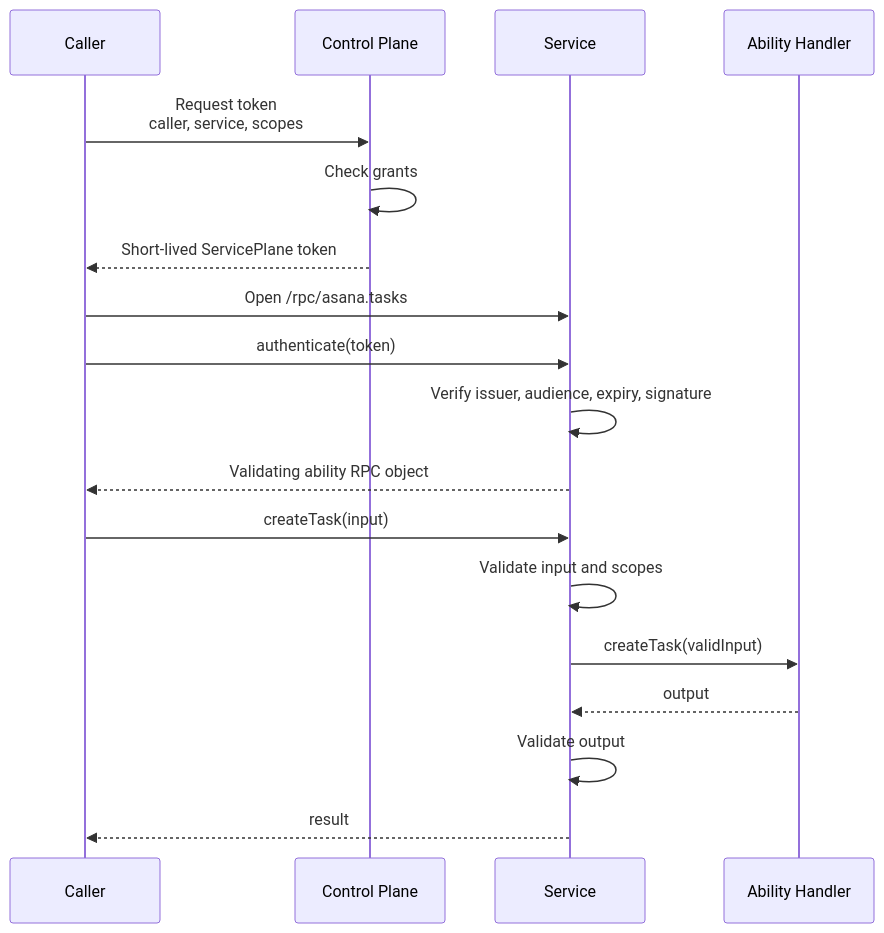
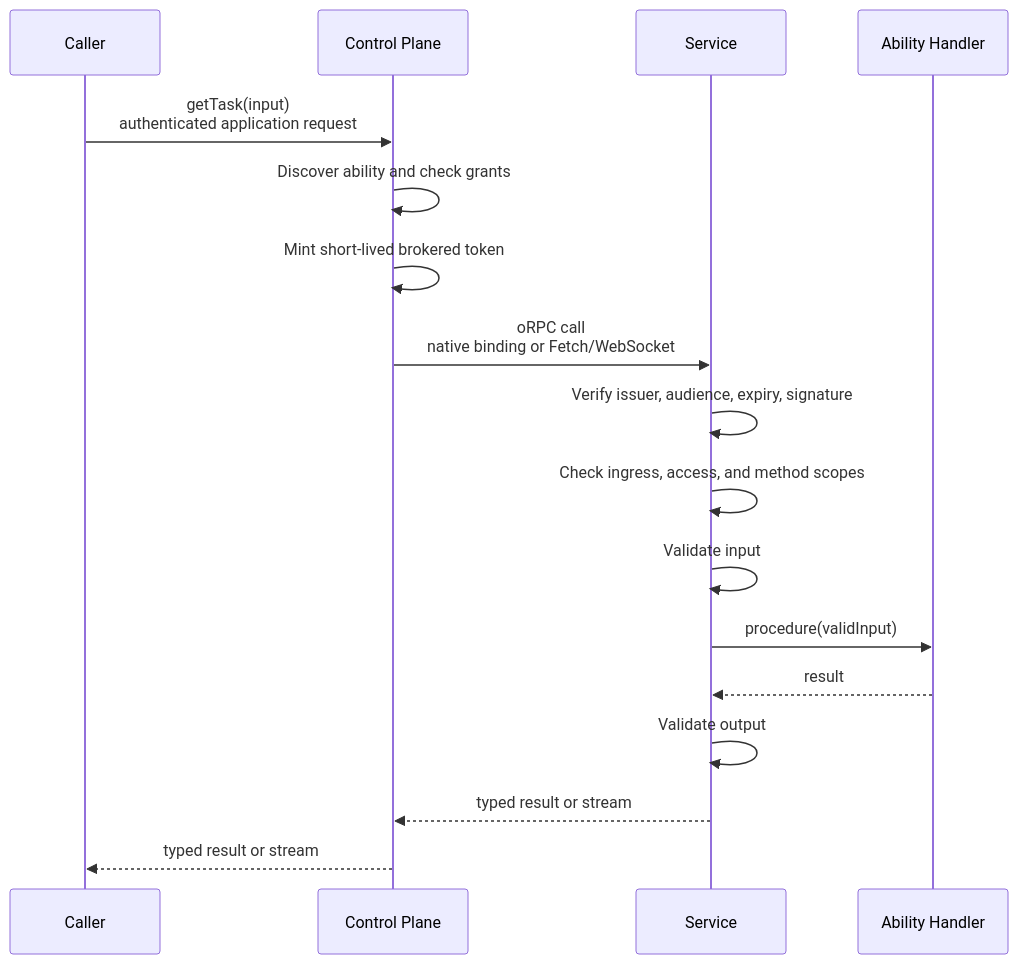
One commit to JUVOJustin/service-plane changed the first of 3 diagrams in .apm/skills/service-plane/references/architecture.md. Above: the diagram before and after it, drawn with Mermaid. The commit also changed other lines of this file and 87 other files, not shown here.

````diff
--- a/.apm/skills/service-plane/references/architecture.md
+++ b/.apm/skills/service-plane/references/architecture.md
@@ -29,21 +29,20 @@
 ```mermaid
 sequenceDiagram
   participant Caller as Caller
   participant Plane as Control Plane
   participant Service as Service
   participant Handler as Ability Handler
 
-  Caller->>Plane: Request token<br/>caller, service, scopes
-  Plane->>Plane: Check grants
-  Plane-->>Caller: Short-lived ServicePlane token
-  Caller->>Service: Open /rpc/asana.tasks
-  Caller->>Service: authenticate(token)
+  Caller->>Plane: getTask(input)<br/>authenticated application request
+  Plane->>Plane: Discover ability and check grants
+  Plane->>Plane: Mint short-lived brokered token
+  Plane->>Service: oRPC call<br/>native binding or Fetch/WebSocket
   Service->>Service: Verify issuer, audience, expiry, signature
-  Service-->>Caller: Validating ability RPC object
-  Caller->>Service: createTask(input)
-  Service->>Service: Validate input and scopes
-  Service->>Handler: createTask(validInput)
-  Handler-->>Service: output
+  Service->>Service: Check ingress, access, and method scopes
+  Service->>Service: Validate input
+  Service->>Handler: procedure(validInput)
+  Handler-->>Service: result
   Service->>Service: Validate output
-  Service-->>Caller: result
+  Service-->>Plane: typed result or stream
+  Plane-->>Caller: typed result or stream
 ```
````
